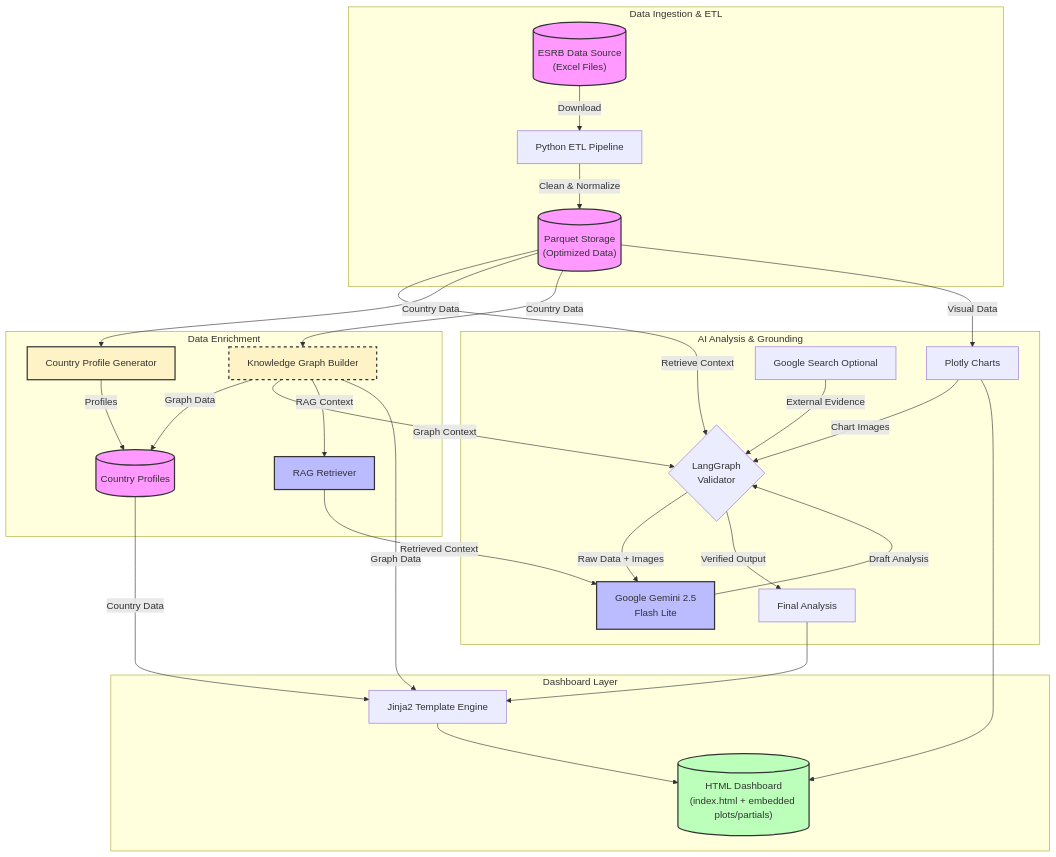
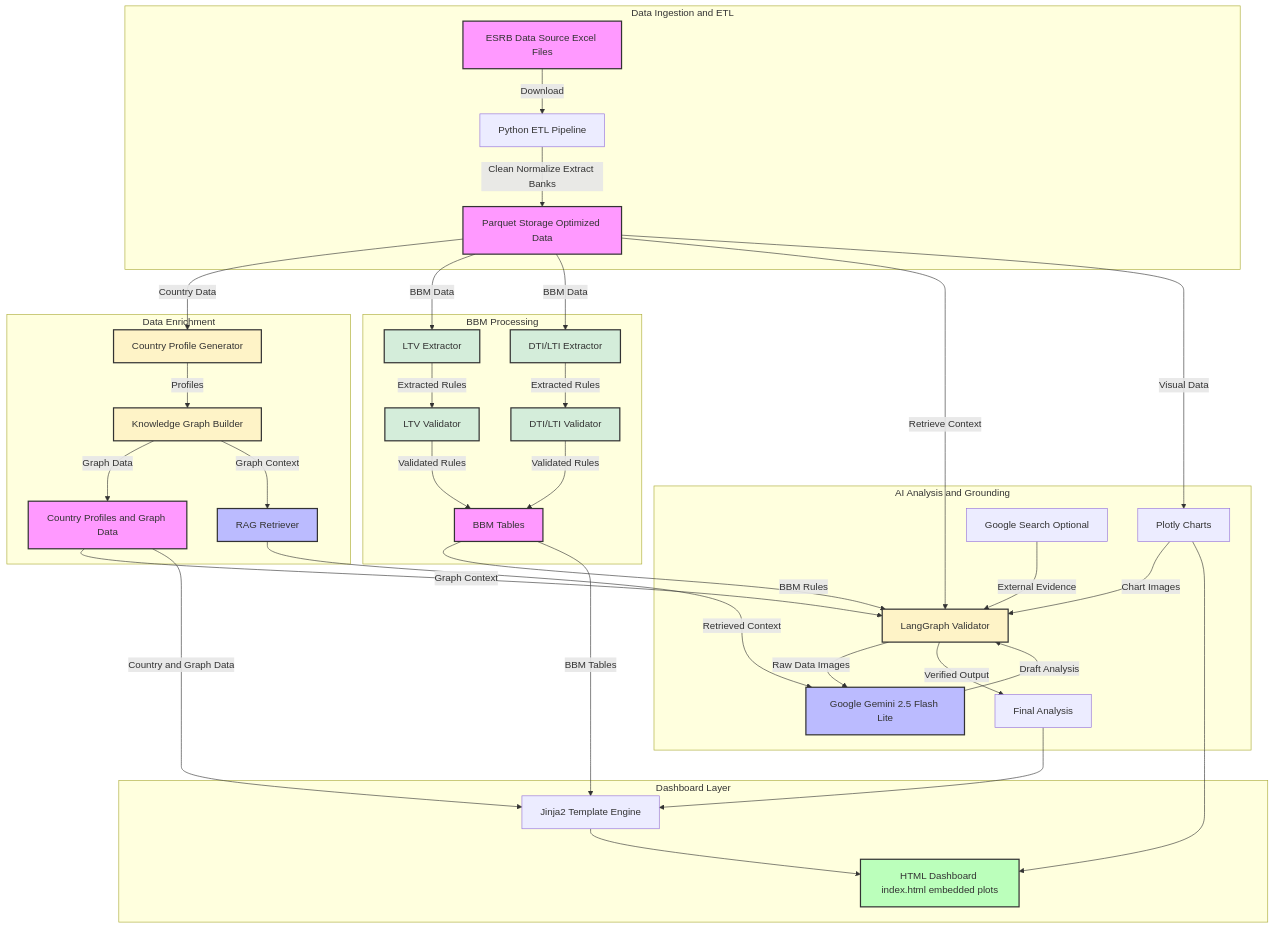
Before and after one commit to palicza2/Macroprudential-policy-hub: the diagram in README.md, drawn with Mermaid. The commit also changed other lines of this file, not shown here.

Commit message:
Update README.md: Add LTV table, multiple limits support, BBM processing details, and updated Mermaid diagram

````diff
--- a/README.md
+++ b/README.md
@@ -76,43 +78,59 @@
 ```mermaid
 graph TD
-    subgraph Data_Ingestion ["Data Ingestion & ETL"]
-        A[("ESRB Data Source<br/>(Excel Files)")] -->|Download| B[Python ETL Pipeline]
-        B -->|Clean & Normalize| C[("Parquet Storage<br/>(Optimized Data)")]
+    subgraph Data_Ingestion["Data Ingestion and ETL"]
+        A[ESRB Data Source Excel Files] -->|Download| B[Python ETL Pipeline]
+        B -->|Clean Normalize Extract Banks| C[Parquet Storage Optimized Data]
     end
 
-    subgraph AI_Core ["AI Analysis & Grounding"]
-        C -->|Retrieve Context| D{LangGraph<br/>Validator}
-        H -->|Chart Images| D
+    subgraph Data_Enrichment["Data Enrichment"]
+        C -->|Country Data| K[Country Profile Generator]
+        K -->|Profiles| L[Knowledge Graph Builder]
+        L -->|Graph Data| M[Country Profiles and Graph Data]
+        L -->|Graph Context| N[RAG Retriever]
+    end
+
+    subgraph BBM_Processing["BBM Processing"]
+        C -->|BBM Data| O[LTV Extractor]
+        C -->|BBM Data| P[DTI/LTI Extractor]
+        O -->|Extracted Rules| Q[LTV Validator]
+        P -->|Extracted Rules| R[DTI/LTI Validator]
+        Q -->|Validated Rules| S[BBM Tables]
+        R -->|Validated Rules| S
+    end
+
+    subgraph AI_Core["AI Analysis and Grounding"]
+        C -->|Retrieve Context| D[LangGraph Validator]
+        H[Plotly Charts] -->|Chart Images| D
         J[Google Search Optional] -->|External Evidence| D
-        D -->|Raw Data + Images| E[Google Gemini 2.5<br/>Flash Lite]
+        M -->|Graph Context| D
+        N -->|Retrieved Context| E[Google Gemini 2.5 Flash Lite]
+        S -->|BBM Rules| D
+        D -->|Raw Data Images| E
         E -->|Draft Analysis| D
         D -->|Verified Output| F[Final Analysis]
     end
 
-    subgraph Data_Enrichment ["Data Enrichment"]
-        C -->|Country Data| K[Country Profile Generator]
-        C -->|Country Data| L[Knowledge Graph Builder]
-        K -->|Profiles| M[("Country Profiles")]
-        L -->|Graph Data| M
-        L -->|Graph Context| D
-        L -->|RAG Context| N[RAG Retriever]
-        N -->|Retrieved Context| E
-    end
-
-    subgraph Presentation ["Dashboard Layer"]
+    subgraph Presentation["Dashboard Layer"]
         F --> G[Jinja2 Template Engine]
-        C -->|Visual Data| H[Plotly Charts]
-        M -->|Country Data| G
-        L -->|Graph Data| G
-        G & H --> I[("HTML Dashboard<br/>(index.html + embedded plots/partials)")]
+        C -->|Visual Data| H
+        M -->|Country and Graph Data| G
+        S -->|BBM Tables| G
+        G --> I[HTML Dashboard index.html embedded plots]
+        H --> I
     end
 
     style A fill:#f9f,stroke:#333,stroke-width:2px
     style C fill:#f9f,stroke:#333,stroke-width:2px
     style E fill:#bbf,stroke:#333,stroke-width:2px
+    style D fill:#fef3c7,stroke:#333,stroke-width:2px
     style K fill:#fef3c7,stroke:#333,stroke-width:2px
-    style L fill:#fef3c7,stroke:#333,stroke-width:2px,stroke-dasharray: 5 5
+    style L fill:#fef3c7,stroke:#333,stroke-width:2px
     style M fill:#f9f,stroke:#333,stroke-width:2px
     style N fill:#bbf,stroke:#333,stroke-width:2px
+    style O fill:#d4edda,stroke:#333,stroke-width:2px
+    style P fill:#d4edda,stroke:#333,stroke-width:2px
+    style Q fill:#d4edda,stroke:#333,stroke-width:2px
+    style R fill:#d4edda,stroke:#333,stroke-width:2px
+    style S fill:#f9f,stroke:#333,stroke-width:2px
     style I fill:#bfb,stroke:#333,stroke-width:2px
 ```
````
